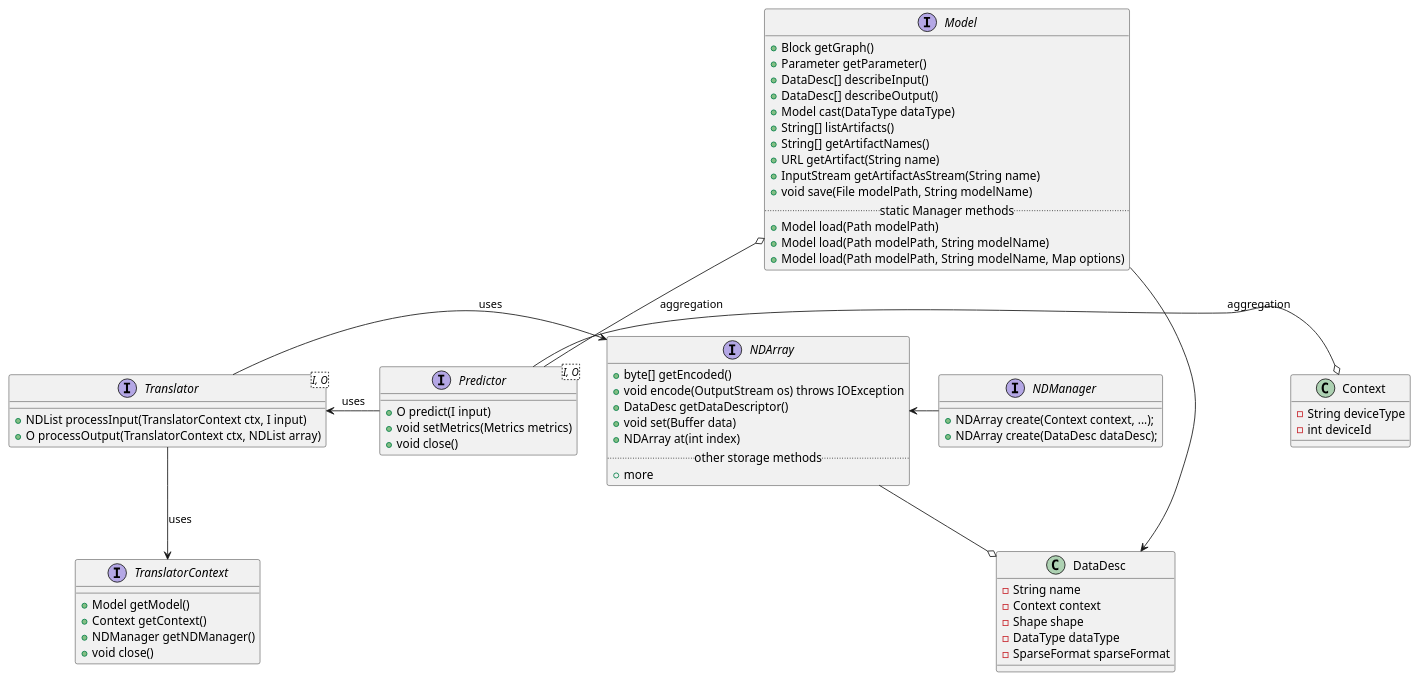
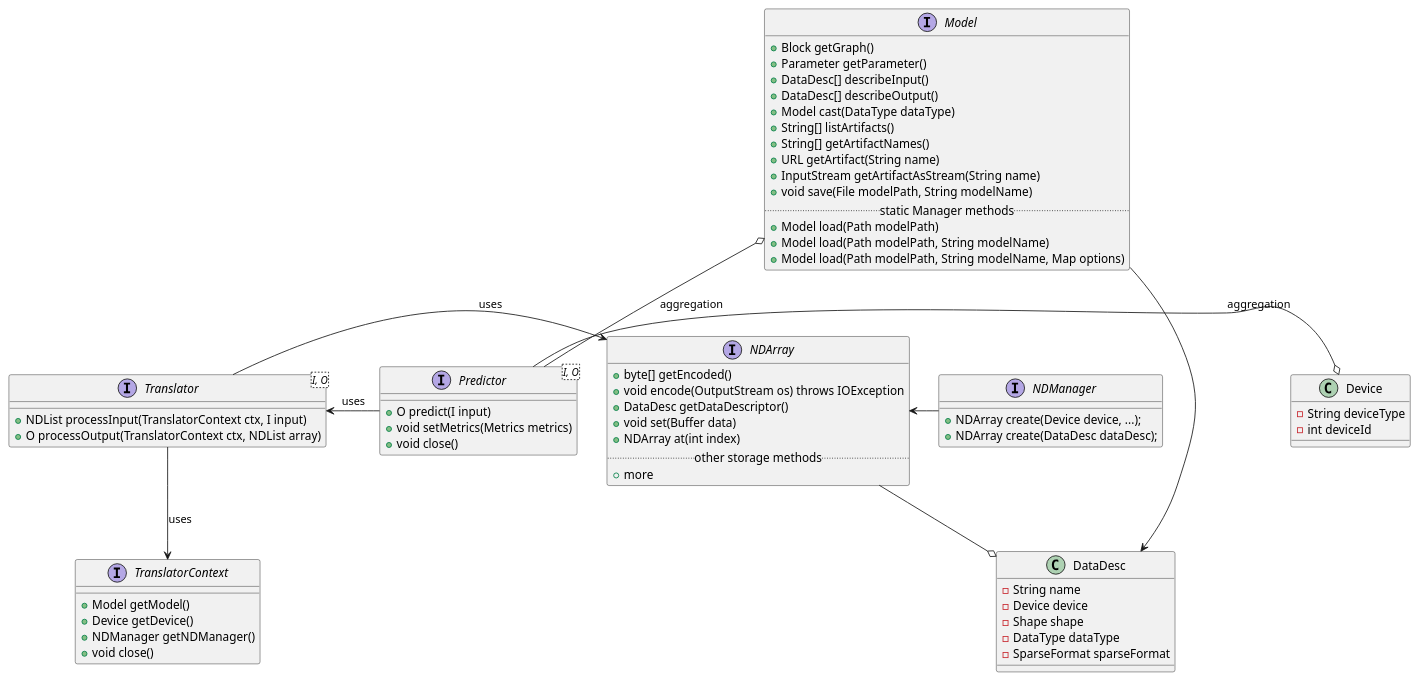
Before and after one commit to deepjavalibrary/djl: the diagram in api/src/main/uml/inference_classes.puml, drawn with PlantUML. The commit also changed 63 other files, not shown here.

Commit message:
Rename Context to Device

```diff
--- a/api/src/main/uml/inference_classes.puml
+++ b/api/src/main/uml/inference_classes.puml
@@ -1,74 +1,74 @@
 @startuml
-class Context {
+class Device {
 	-String deviceType
 	-int deviceId
 }
 
 class DataDesc {
 	-String name
-	-Context context
+	-Device device
 	-Shape shape
 	-DataType dataType
 	-SparseFormat sparseFormat
 }
 
 interface Model {
     +Block getGraph()
     +Parameter getParameter()
     +DataDesc[] describeInput()
     +DataDesc[] describeOutput()
     +Model cast(DataType dataType)
     +String[] listArtifacts()
     +String[] getArtifactNames()
     +URL getArtifact(String name)
     +InputStream getArtifactAsStream(String name)
     +void save(File modelPath, String modelName)
 	.. static Manager methods ..
     +Model load(Path modelPath)
     +Model load(Path modelPath, String modelName)
     +Model load(Path modelPath, String modelName, Map options)
 }
 
 interface Translator<I, O> {
     +NDList processInput(TranslatorContext ctx, I input)
     +O processOutput(TranslatorContext ctx, NDList array)
 }
 
 interface Predictor<I, O> {
     +O predict(I input)
     +void setMetrics(Metrics metrics)
     +void close()
 }
 
 interface TranslatorContext {
     +Model getModel()
-    +Context getContext()
+    +Device getDevice()
     +NDManager getNDManager()
     +void close()
 }
 
 interface NDManager {
-    +NDArray create(Context context, ...);
+    +NDArray create(Device device, ...);
     +NDArray create(DataDesc dataDesc);
 }
 
 interface NDArray {
     +byte[] getEncoded()
     +void encode(OutputStream os) throws IOException
     +DataDesc getDataDescriptor()
     +void set(Buffer data)
     +NDArray at(int index)
 	.. other storage methods ..
     +more
 }
 
 Model -right-> DataDesc
 Model o-down- Predictor : aggregation
-Predictor -right-o Context : aggregation
+Predictor -right-o Device : aggregation
 Predictor -right-> Translator : uses
 Translator -right-> NDArray : uses
 Translator --> TranslatorContext : uses
 NDManager -left-> NDArray
 NDArray -down-o DataDesc
 
 @enduml
```
